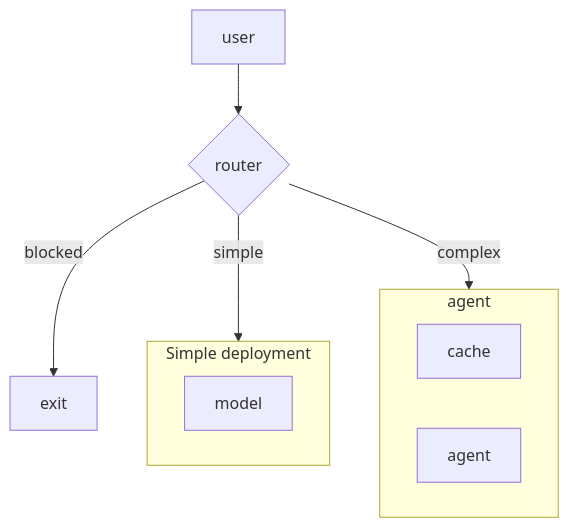
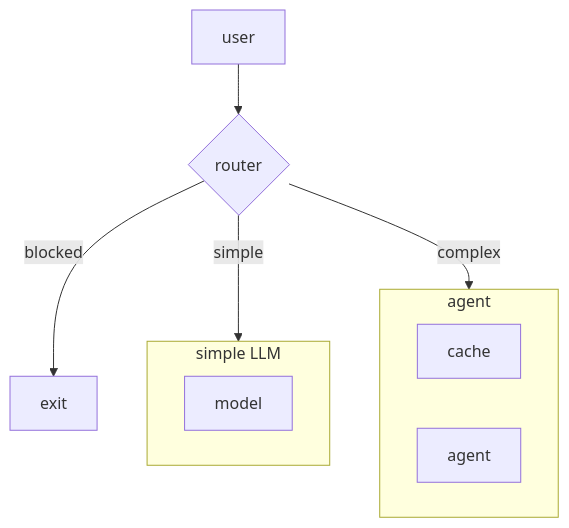
Before and after one commit to rh-ai-quickstart/Reducing-costs-of-AI-with-Redis-Labs: the first of 2 diagrams in README.md, drawn with Mermaid. The commit also changed other lines of this file and 12 other files, not shown here.

````diff
--- a/README.md
+++ b/README.md
@@ -78,15 +13,15 @@
 ```mermaid
 flowchart TB
-    subgraph simple_model[Simple deployment]
+    subgraph simple_model[simple LLM]
       simple_deployment[model]
     end
     subgraph agent_deploy[agent]
       agent_cache[cache]
       agent[agent]
     end
 
     user -->router{router}
     router -->|blocked| exit
     router -->|simple| simple_model[Simple model deployment]
     router -->|complex| agent_deploy[Agent]
 ```
````
